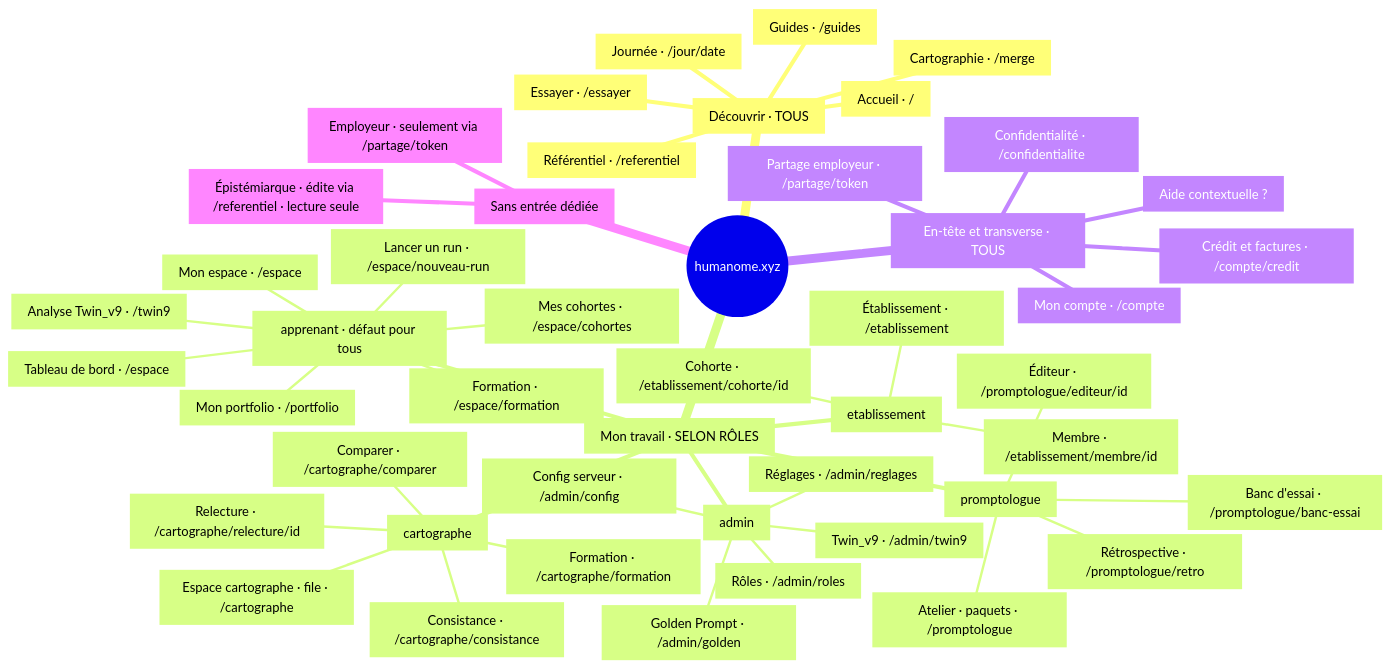
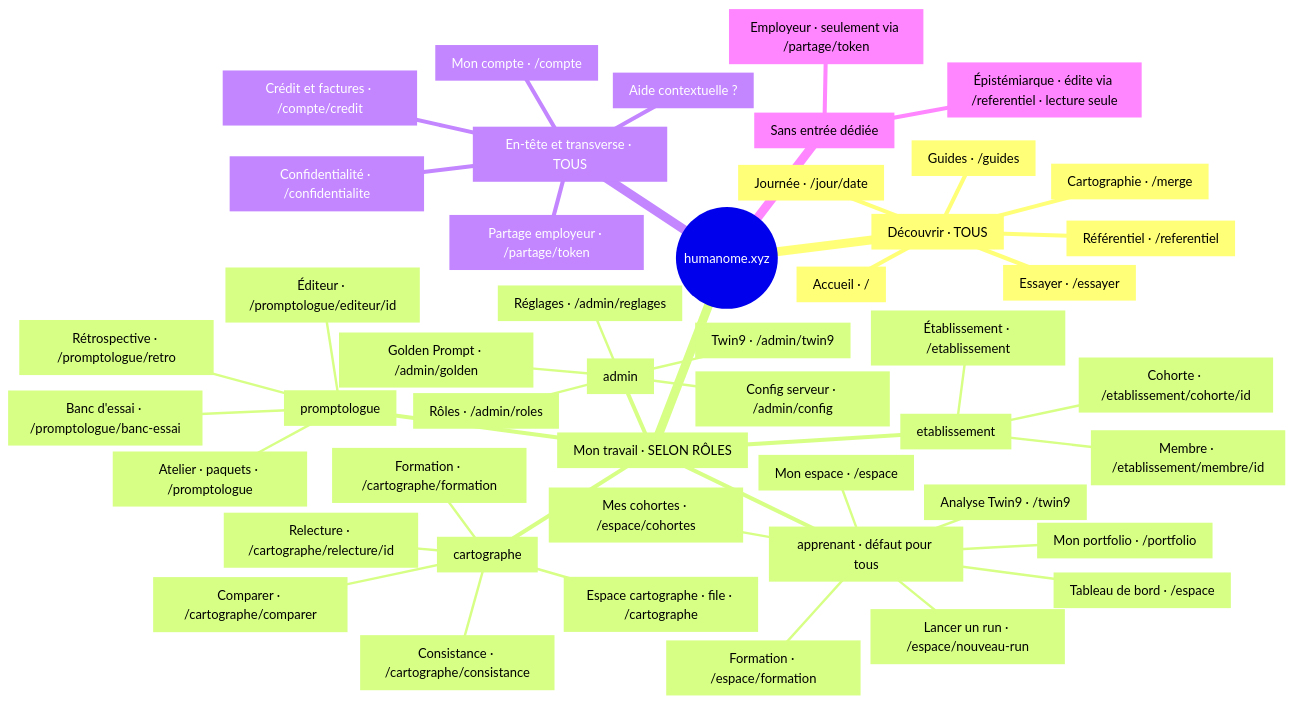
The first of 12 diagrams in docs/ergonomie-navigation.md (4nd4ny/humanome), drawn with Mermaid before and after one commit. The commit also changed other lines of this file and 78 other files, not shown here.

````diff
--- a/docs/ergonomie-navigation.md
+++ b/docs/ergonomie-navigation.md
@@ -49,50 +49,50 @@
 ```mermaid
 mindmap
   root((humanome.xyz))
     Decouvrir["Découvrir · TOUS"]
       dh["Accueil · /"]
       dm["Cartographie · /merge"]
       dj["Journée · /jour/date"]
       de["Essayer · /essayer"]
       dr["Référentiel · /referentiel"]
       dg["Guides · /guides"]
     Travail["Mon travail · SELON RÔLES"]
       Ap["apprenant · défaut pour tous"]
         ae["Mon espace · /espace"]
         ard["Tableau de bord · /espace"]
         arn["Lancer un run · /espace/nouveau-run"]
         aco["Mes cohortes · /espace/cohortes"]
         afo["Formation · /espace/formation"]
         apf["Mon portfolio · /portfolio"]
-        at9["Analyse Twin_v9 · /twin9"]
+        at9["Analyse Twin9 · /twin9"]
       Ca["cartographe"]
         cf["Espace cartographe · file · /cartographe"]
         crel["Relecture · /cartographe/relecture/id"]
         ccmp["Comparer · /cartographe/comparer"]
         ccon["Consistance · /cartographe/consistance"]
         cfo["Formation · /cartographe/formation"]
       Pr["promptologue"]
         pp["Atelier · paquets · /promptologue"]
         ped["Éditeur · /promptologue/editeur/id"]
         pbe["Banc d'essai · /promptologue/banc-essai"]
         pre["Rétrospective · /promptologue/retro"]
       Et["etablissement"]
         ete["Établissement · /etablissement"]
         eco["Cohorte · /etablissement/cohorte/id"]
         eme["Membre · /etablissement/membre/id"]
       Ad["admin"]
         adr["Rôles · /admin/roles"]
         adg["Golden Prompt · /admin/golden"]
         adre["Réglages · /admin/reglages"]
         adc["Config serveur · /admin/config"]
-        adt["Twin_v9 · /admin/twin9"]
+        adt["Twin9 · /admin/twin9"]
     Transverse["En-tête et transverse · TOUS"]
       mc["Mon compte · /compte"]
       mcr["Crédit et factures · /compte/credit"]
       aide["Aide contextuelle ?"]
       conf["Confidentialité · /confidentialite"]
       part["Partage employeur · /partage/token"]
     Orphelins["Sans entrée dédiée"]
       emp["Employeur · seulement via /partage/token"]
       epi["Épistémiarque · édite via /referentiel · lecture seule"]
 ```
````
